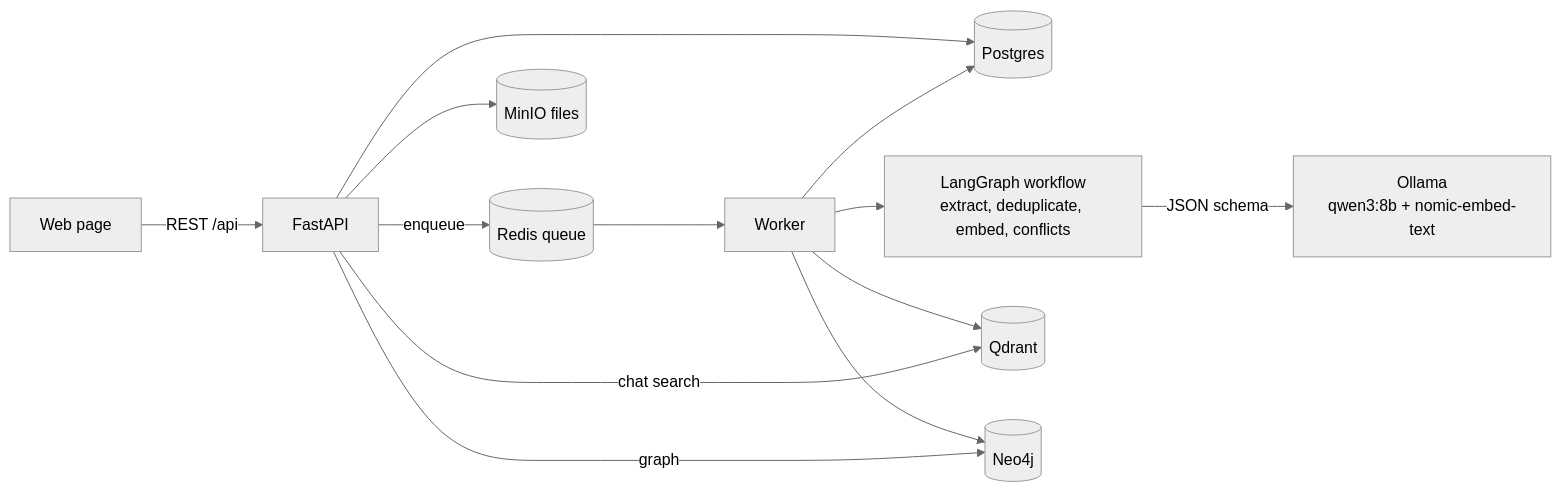
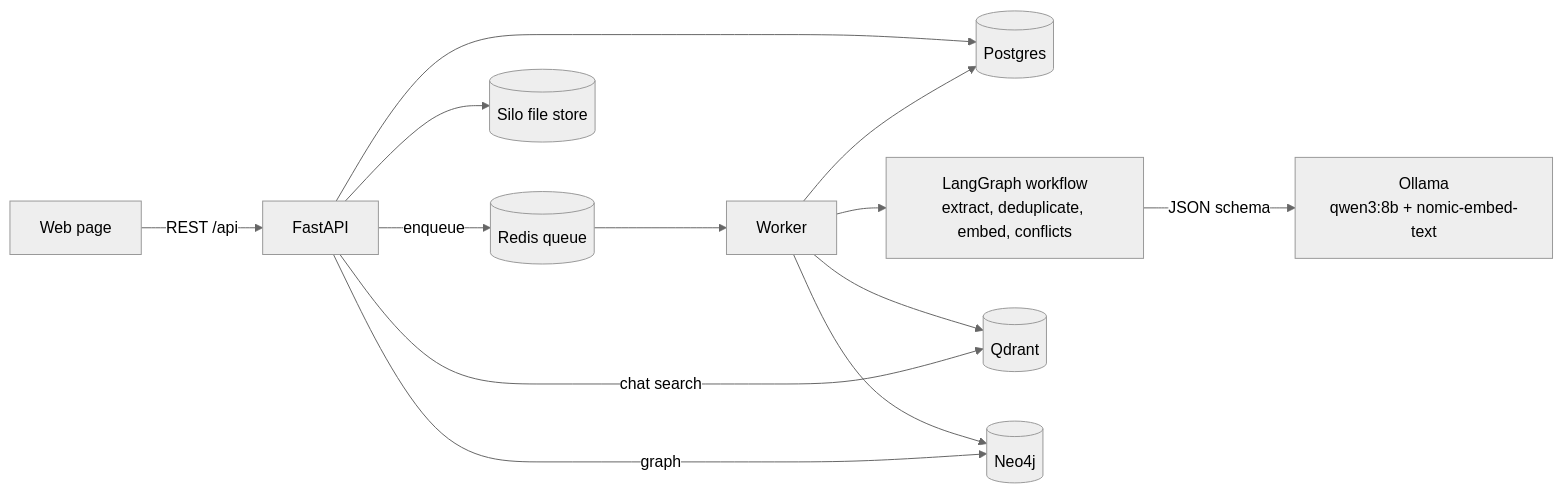
The diagram in README.md (Krrish768/reqmind-ai), drawn with Mermaid (neutral theme) before and after one commit. The commit also changed other lines of this file, not shown here.

````diff
--- a/README.md
+++ b/README.md
@@ -310,15 +435,15 @@
 ```mermaid
 flowchart LR
     UI[Web page] -->|REST /api| API[FastAPI]
     API --> PG[(Postgres)]
     API -->|enqueue| RQ[(Redis queue)]
     RQ --> W[Worker]
     W --> WF[LangGraph workflow<br/>extract, deduplicate, embed, conflicts]
     WF -->|JSON schema| OL[Ollama<br/>qwen3:8b + nomic-embed-text]
     W --> PG
     W --> QD[(Qdrant)]
     W --> NJ[(Neo4j)]
     API -->|chat search| QD
     API -->|graph| NJ
-    API --> MI[(MinIO files)]
+    API --> SI[(Silo file store)]
 ```
````
